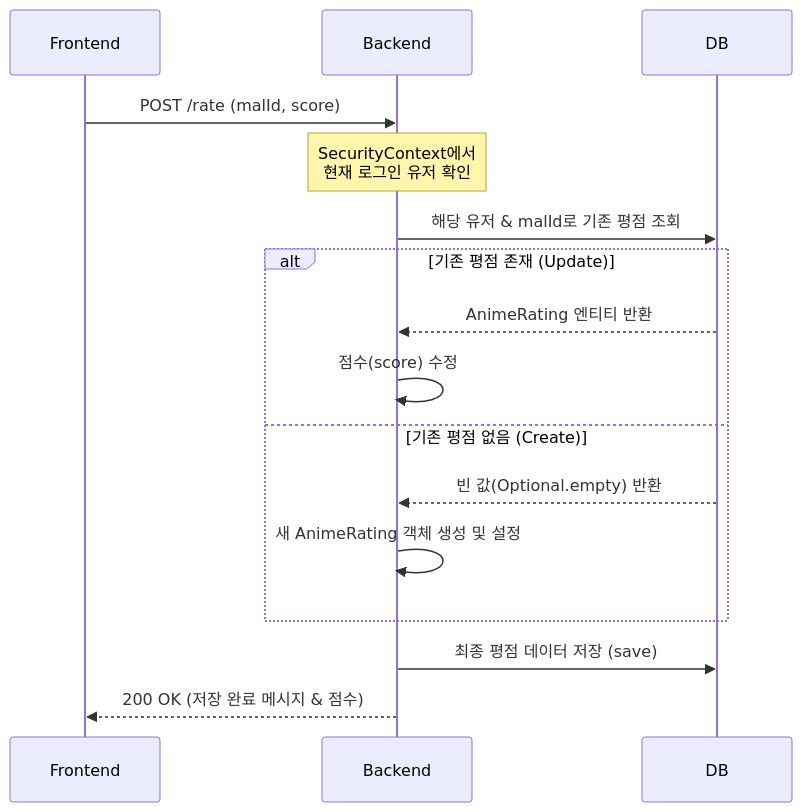
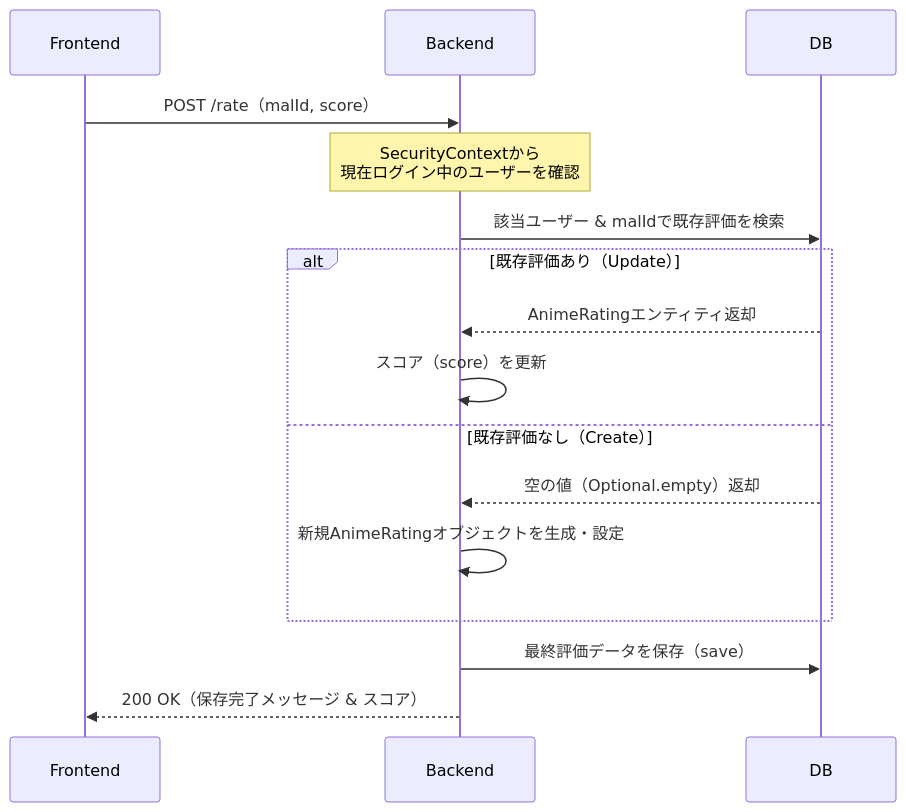
One commit to You-HyunHo/ani-frontend changed the ninth of 10 diagrams in README_img/SEQUENCE.md. Above: the diagram before and after it, drawn with Mermaid. The commit also changed other lines of this file, not shown here.

````diff
--- a/README_img/SEQUENCE.md
+++ b/README_img/SEQUENCE.md
@@ -184,23 +185,23 @@
 ```mermaid
 sequenceDiagram
     participant FE as Frontend
     participant BE as Backend
     participant DB 
 
-    FE->>BE: POST /rate (malId, score)
+    FE->>BE: POST /rate（malId, score）
     
-    Note over BE: SecurityContext에서<br/>현재 로그인 유저 확인
+    Note over BE: SecurityContextから<br/>現在ログイン中のユーザーを確認
     
-    BE->>DB: 해당 유저 & malId로 기존 평점 조회
+    BE->>DB: 該当ユーザー & malIdで既存評価を検索
     
-    alt 기존 평점 존재 (Update)
-        DB-->>BE: AnimeRating 엔티티 반환
-        BE->>BE: 점수(score) 수정
-    else 기존 평점 없음 (Create)
-        DB-->>BE: 빈 값(Optional.empty) 반환
-        BE->>BE: 새 AnimeRating 객체 생성 및 설정
+    alt 既存評価あり（Update）
+        DB-->>BE: AnimeRatingエンティティ返却
+        BE->>BE: スコア（score）を更新
+    else 既存評価なし（Create）
+        DB-->>BE: 空の値（Optional.empty）返却
+        BE->>BE: 新規AnimeRatingオブジェクトを生成・設定
     end
     
-    BE->>DB: 최종 평점 데이터 저장 (save)
-    BE-->>FE: 200 OK (저장 완료 메시지 & 점수)
+    BE->>DB: 最終評価データを保存（save）
+    BE-->>FE: 200 OK（保存完了メッセージ & スコア）
 ```
````
